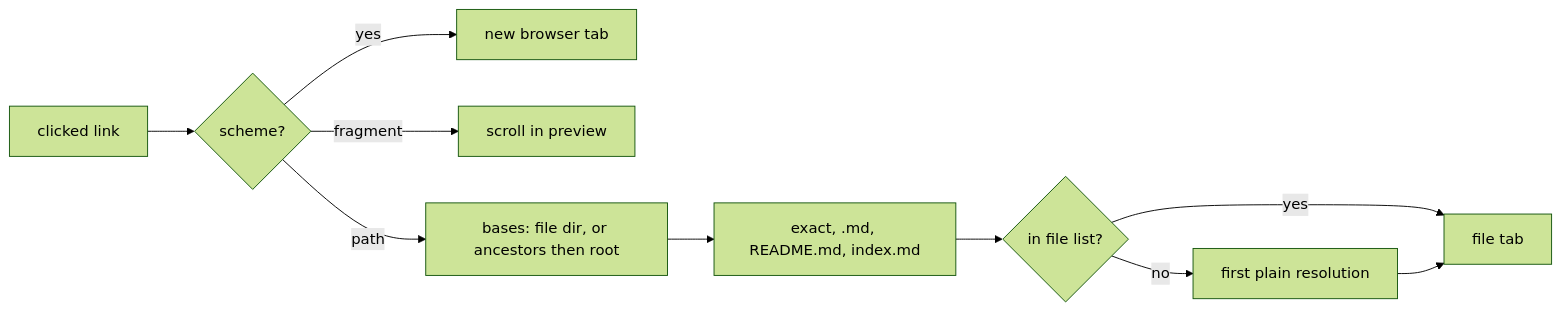
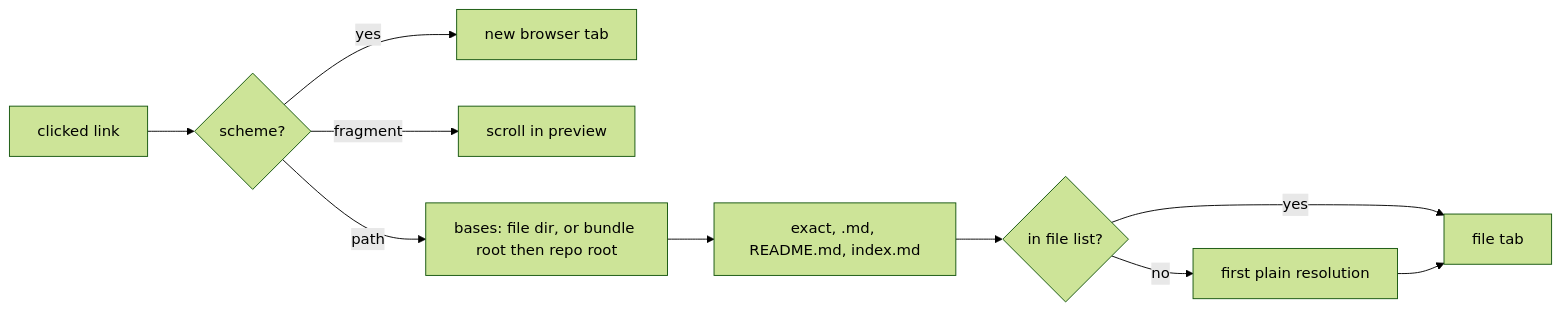
One commit to tienshiao/codetoaster changed the diagram in wiki/modules/markdown-preview.md. Above: the diagram before and after it, drawn with Mermaid (forest theme). The commit also changed other lines of this file and 8 other files, not shown here.

First line of the commit message:
fix: TASK-122 a / link means its bundle's root, found by index.md

````diff
--- a/wiki/modules/markdown-preview.md
+++ b/wiki/modules/markdown-preview.md
@@ -49,12 +49,12 @@
 ```mermaid
 flowchart LR
   link["clicked link"] --> kind{"scheme?"}
   kind -- yes --> browser["new browser tab"]
   kind -- fragment --> scroll["scroll in preview"]
-  kind -- path --> bases["bases: file dir, or ancestors then root"]
+  kind -- path --> bases["bases: file dir, or bundle root then repo root"]
   bases --> cands["exact, .md, README.md, index.md"]
   cands --> hit{"in file list?"}
   hit -- yes --> tab["file tab"]
   hit -- no --> plain["first plain resolution"]
   plain --> tab
 ```
````
